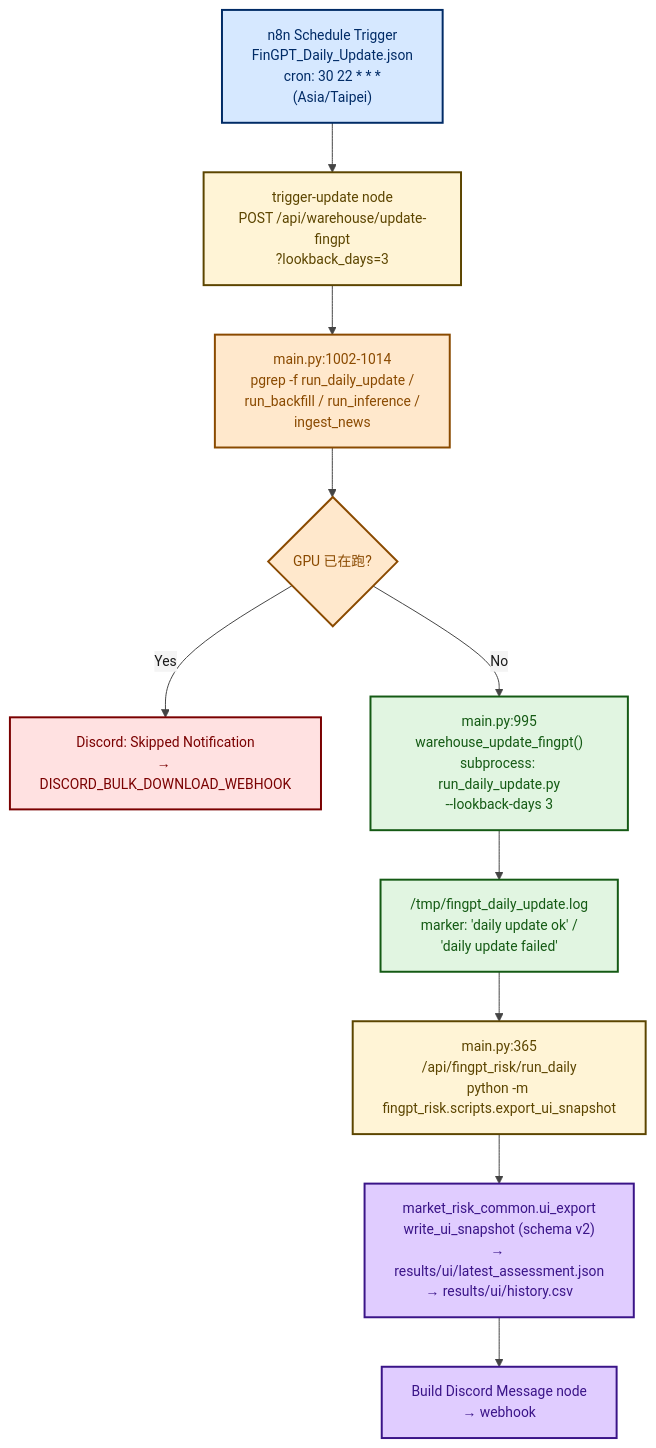
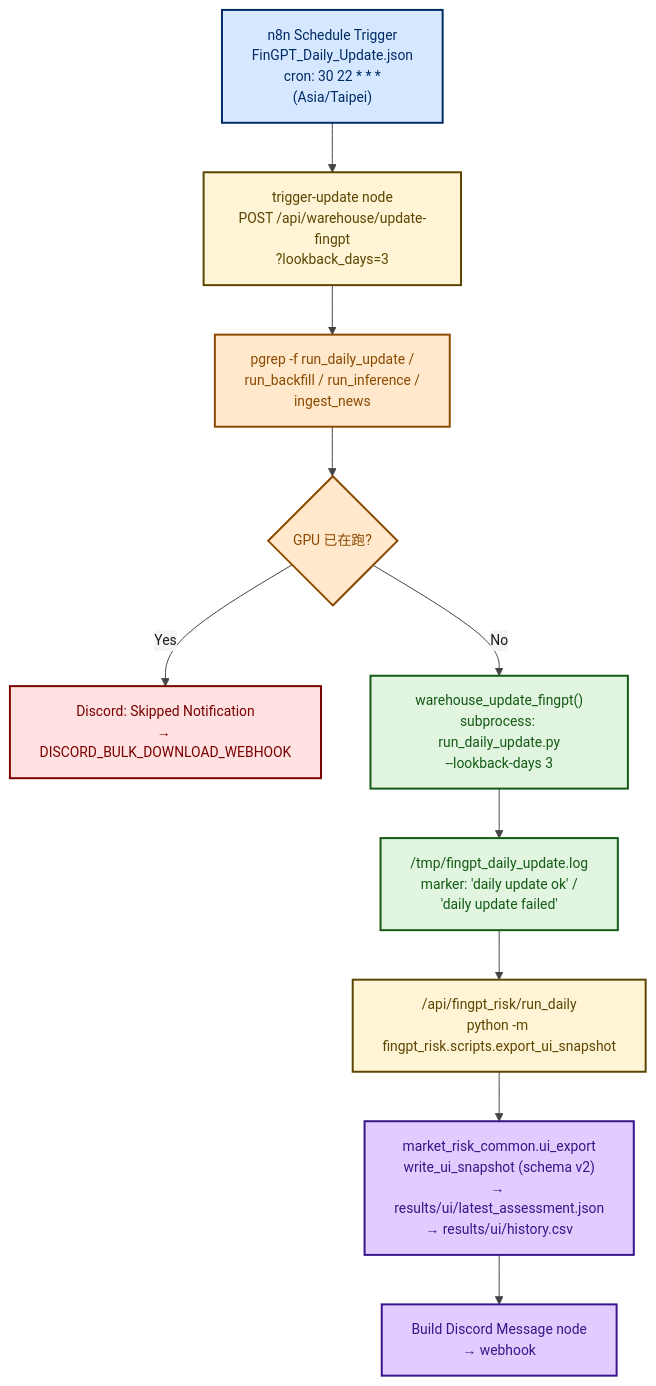
The sixth of 7 diagrams in flowcharts/market_risk_studies/fingpt_risk.md (Jang-jhih/quant-interview-prep), drawn with Mermaid before and after one commit. The commit also changed other lines of this file and 12 other files, not shown here.

````diff
--- a/flowcharts/market_risk_studies/fingpt_risk.md
+++ b/flowcharts/market_risk_studies/fingpt_risk.md
@@ -259,34 +259,34 @@
 ```mermaid
 %%{init: {'theme':'base', 'themeVariables': {'primaryColor':'#ececec','primaryTextColor':'#1a1a1a','primaryBorderColor':'#666666','lineColor':'#444444','secondaryColor':'#f4f4f4','fontSize':'14px'}}}%%
 flowchart TB
     classDef schedule fill:#d6e8ff,stroke:#002b66,stroke-width:2px,color:#002b66
     classDef api fill:#fff4d6,stroke:#5c4500,stroke-width:2px,color:#5c4500
     classDef guard fill:#ffe8cc,stroke:#8a4a00,stroke-width:2px,color:#8a4a00
     classDef process fill:#e1f5e1,stroke:#145a14,stroke-width:2px,color:#145a14
     classDef output fill:#e0ccff,stroke:#3a1488,stroke-width:2px,color:#3a1488
     classDef error fill:#ffe1e1,stroke:#7a0000,stroke-width:2px,color:#7a0000
 
     CRON["n8n Schedule Trigger<br/>FinGPT_Daily_Update.json<br/>cron: 30 22 * * *<br/>(Asia/Taipei)"]:::schedule
     POST["trigger-update node<br/>POST /api/warehouse/update-fingpt<br/>?lookback_days=3"]:::api
-    GUARD["main.py:1002-1014<br/>pgrep -f run_daily_update /<br/>run_backfill / run_inference /<br/>ingest_news"]:::guard
+    GUARD["pgrep -f run_daily_update /<br/>run_backfill / run_inference /<br/>ingest_news"]:::guard
     SKIP{"GPU 已在跑?"}:::guard
     SKIPSND["Discord: Skipped Notification<br/>→ DISCORD_BULK_DOWNLOAD_WEBHOOK"]:::error
-    RUN["main.py:995<br/>warehouse_update_fingpt()<br/>subprocess: run_daily_update.py<br/>--lookback-days 3"]:::process
+    RUN["warehouse_update_fingpt()<br/>subprocess: run_daily_update.py<br/>--lookback-days 3"]:::process
     LOG["/tmp/fingpt_daily_update.log<br/>marker: 'daily update ok' /<br/>'daily update failed'"]:::process
-    UI["main.py:365<br/>/api/fingpt_risk/run_daily<br/>python -m fingpt_risk.scripts.export_ui_snapshot"]:::process
+    UI["/api/fingpt_risk/run_daily<br/>python -m fingpt_risk.scripts.export_ui_snapshot"]:::process
     SNAPSHOT["market_risk_common.ui_export<br/>write_ui_snapshot (schema v2)<br/>→ results/ui/latest_assessment.json<br/>→ results/ui/history.csv"]:::output
     DISC["Build Discord Message node<br/>→ webhook"]:::output
 
     CRON --> POST --> GUARD --> SKIP
     SKIP -- "Yes" --> SKIPSND
     SKIP -- "No" --> RUN --> LOG
     LOG --> UI --> SNAPSHOT
     SNAPSHOT --> DISC
 
     class CRON schedule
     class POST,UI api
     class GUARD,SKIP guard
     class RUN,LOG process
     class SNAPSHOT,DISC output
     class SKIPSND error
 ```
````
